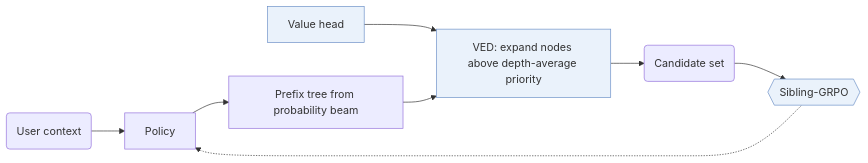
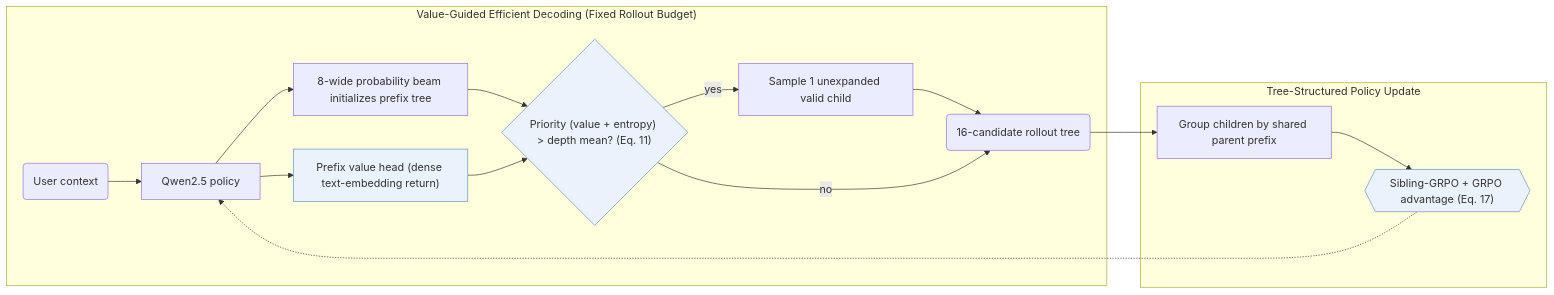
Before and after one commit to Galaxy-ghost/Awesome-SID-Generative-Rec: the first of 2 diagrams in notes/v-star.md, drawn with Mermaid. The commit also changed other lines of this file and 649 other files, not shown here.

Commit message:
writer-05: also tags and modality index (schema, check, build, visuals); summary field removed; calibration data for 12 papers

````diff
--- a/notes/v-star.md
+++ b/notes/v-star.md
@@ -9,11 +14,17 @@
 ```mermaid
 flowchart LR
-    A("User context") --> B["Policy"]
-    B --> C["Prefix tree from probability beam"]
-    V["Value head"]:::key --> D
-    C --> D["VED: expand nodes above depth-average priority"]:::key
-    D --> E("Candidate set")
-    E --> F{{"Sibling-GRPO"}}:::key
-    F -.-> B
+    subgraph VED["Value-Guided Efficient Decoding (Fixed Rollout Budget)"]
+        U("User context") --> Pol["Qwen2.5 policy"]
+        Pol --> Init["8-wide probability beam initializes prefix tree"]
+        Pol --> VH["Prefix value head (dense text-embedding return)"]:::key
+        Init & VH --> Pri{"Priority (value + entropy) > depth mean? (Eq. 11)"}:::key
+        Pri -->|yes| Exp["Sample 1 unexpanded valid child"] --> Pool("16-candidate rollout tree")
+        Pri -->|no| Pool
+    end
+    subgraph SGRPO["Tree-Structured Policy Update"]
+        Pool --> Sib["Group children by shared parent prefix"]
+        Sib --> Adv{{"Sibling-GRPO + GRPO advantage (Eq. 17)"}}:::key
+        Adv -.-> Pol
+    end
     classDef key fill:#eaf2fb,stroke:#6b8fc7
 ```
````
